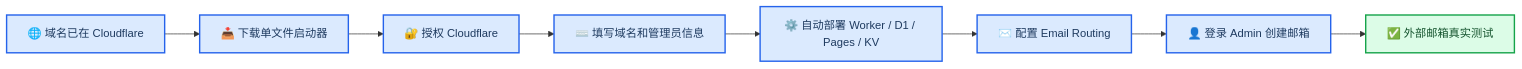
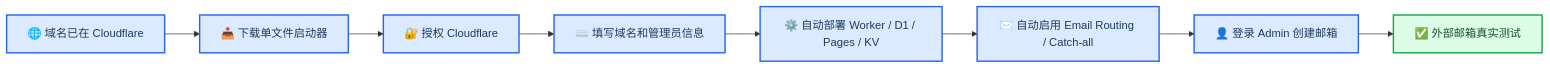
One commit to Lur1N77777/loven7-mail changed the diagram in docs/BEGINNER_GUIDE.md. Above: the diagram before and after it, drawn with Mermaid. The commit also changed other lines of this file and 30 other files, not shown here.

First line of the commit message:
feat(installer): automate safe Email Routing deployment

````diff
--- a/docs/BEGINNER_GUIDE.md
+++ b/docs/BEGINNER_GUIDE.md
@@ -19,19 +19,19 @@
 ```mermaid
 flowchart LR
     accTitle: Loven7 Mail 小白部署流程
-    accDescr: 从准备 Cloudflare 域名、下载 Windows 启动器、完成 OAuth 自动部署，到配置 Email Routing 和发送真实测试邮件的完整流程。
+    accDescr: 从准备 Cloudflare 域名、下载 Windows 启动器、完成 OAuth，到安装器自动部署并接通 Email Routing，最后发送真实测试邮件的完整流程。
 
     domain["🌐 域名已在 Cloudflare"] --> download["📥 下载单文件启动器"]
     download --> oauth["🔐 授权 Cloudflare"]
     oauth --> answers["⌨️ 填写域名和管理员信息"]
     answers --> infrastructure["⚙️ 自动部署 Worker / D1 / Pages / KV"]
-    infrastructure --> routing["✉️ 配置 Email Routing"]
+    infrastructure --> routing["✉️ 自动启用 Email Routing / Catch-all"]
     routing --> login["👤 登录 Admin 创建邮箱"]
     login --> test["✅ 外部邮箱真实测试"]
 
     classDef process fill:#dbeafe,stroke:#2563eb,stroke-width:2px,color:#1e3a5f
     classDef success fill:#dcfce7,stroke:#16a34a,stroke-width:2px,color:#14532d
 
     class domain,download,oauth,answers,infrastructure,routing,login process
     class test success
 ```
````
